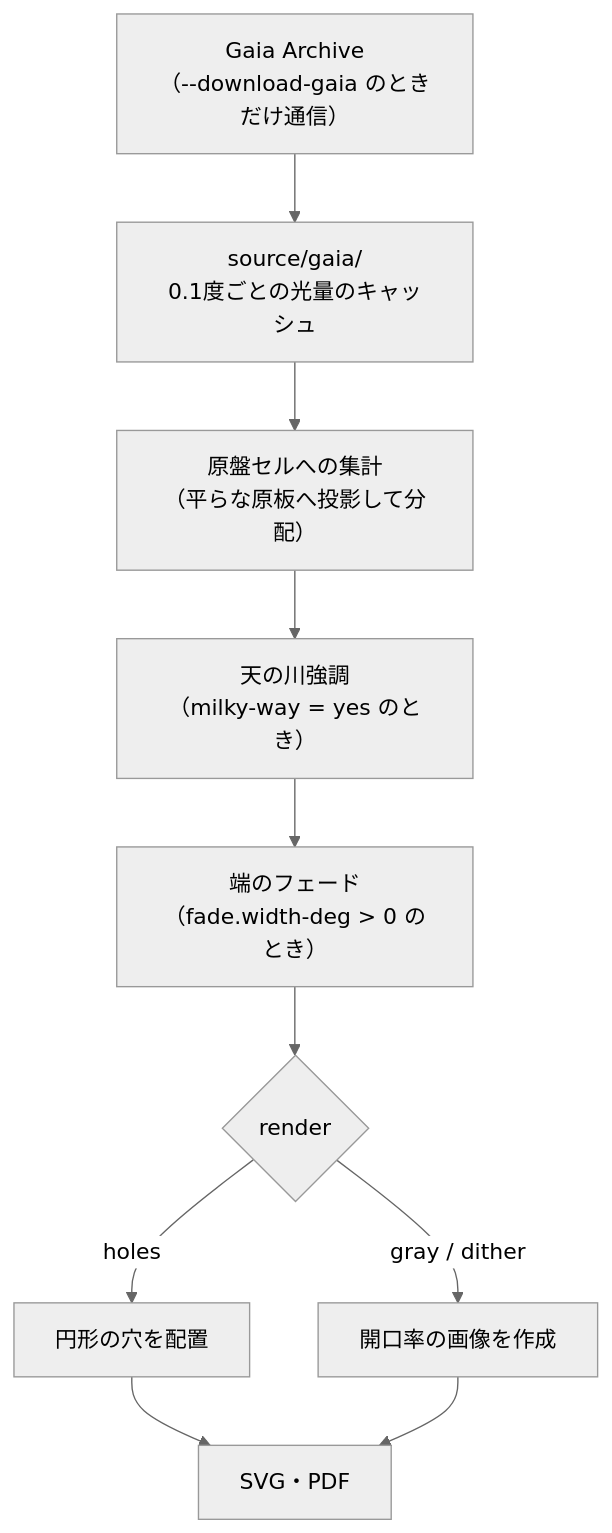
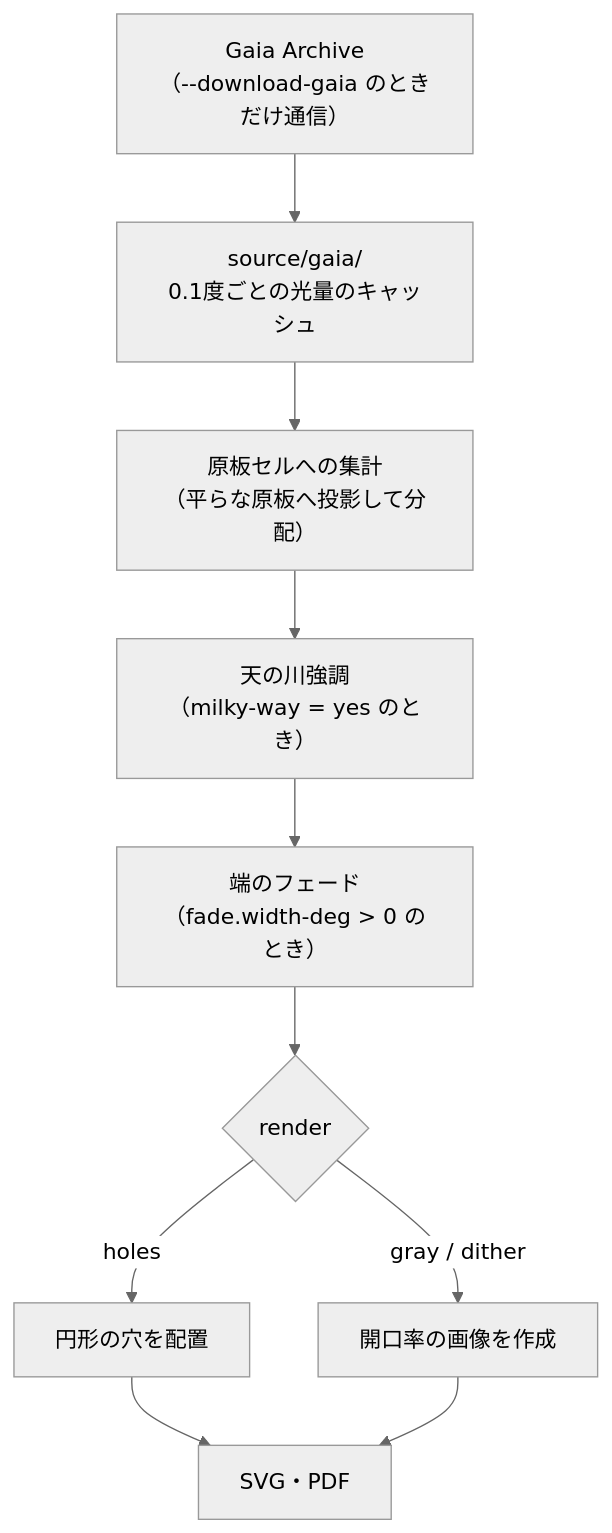
One commit to asanumakottii-collab/GingaForge changed the diagram in docs/overview.md. Above: the diagram before and after it, drawn with Mermaid (neutral theme). The commit also changed other lines of this file and 15 other files, not shown here.

````diff
--- a/docs/overview.md
+++ b/docs/overview.md
@@ -10,12 +10,12 @@
 ```mermaid
 flowchart TD
     A["Gaia Archive<br/>（--download-gaia のときだけ通信）"] --> B["source/gaia/<br/>0.1度ごとの光量のキャッシュ"]
-    B --> C["原盤セルへの集計<br/>（平らな原板へ投影して分配）"]
+    B --> C["原板セルへの集計<br/>（平らな原板へ投影して分配）"]
     C --> D["天の川強調<br/>（milky-way = yes のとき）"]
     D --> I["端のフェード<br/>（fade.width-deg > 0 のとき）"]
     I --> E{"render"}
     E -->|holes| F["円形の穴を配置"]
     E -->|"gray / dither"| G["開口率の画像を作成"]
     F --> H["SVG・PDF"]
     G --> H
 ```
````
